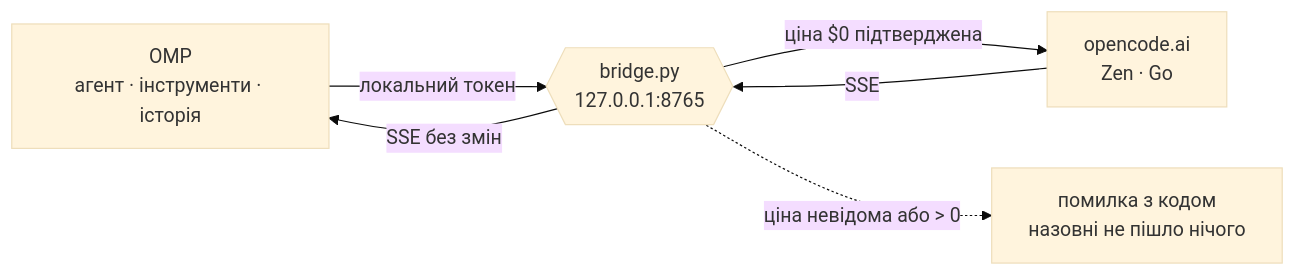
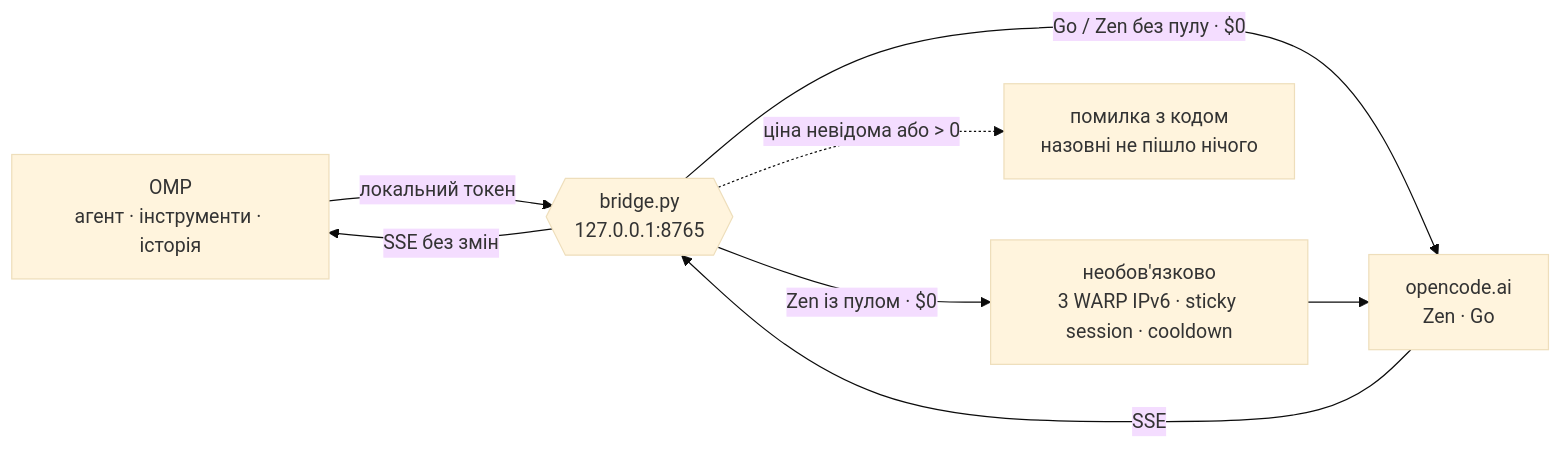
The diagram in README.md (bramms/omp-bridge), drawn with Mermaid (base theme) before and after one commit. The commit also changed other lines of this file and 3 other files, not shown here.

````diff
--- a/README.md
+++ b/README.md
@@ -25,11 +29,13 @@
 ```mermaid
 flowchart LR
   omp["OMP<br/>агент · інструменти · історія"]
   bridge{{"bridge.py<br/>127.0.0.1:8765"}}
+  warp["необов'язково<br/>3 WARP IPv6 · sticky session · cooldown"]
   oc["opencode.ai<br/>Zen · Go"]
   no["помилка з кодом<br/>назовні не пішло нічого"]
   omp -- "локальний токен" --> bridge
-  bridge -- "ціна $0 підтверджена" --> oc
+  bridge -- "Go / Zen без пулу · $0" --> oc
+  bridge -- "Zen із пулом · $0" --> warp --> oc
   bridge -. "ціна невідома або > 0" .-> no
   oc -- "SSE" --> bridge -- "SSE без змін" --> omp
 ```
````
